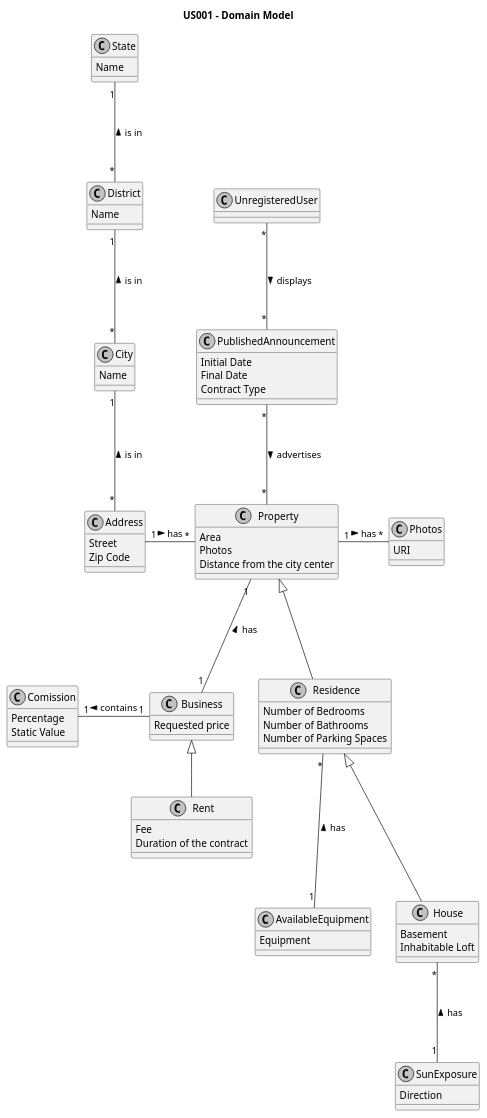
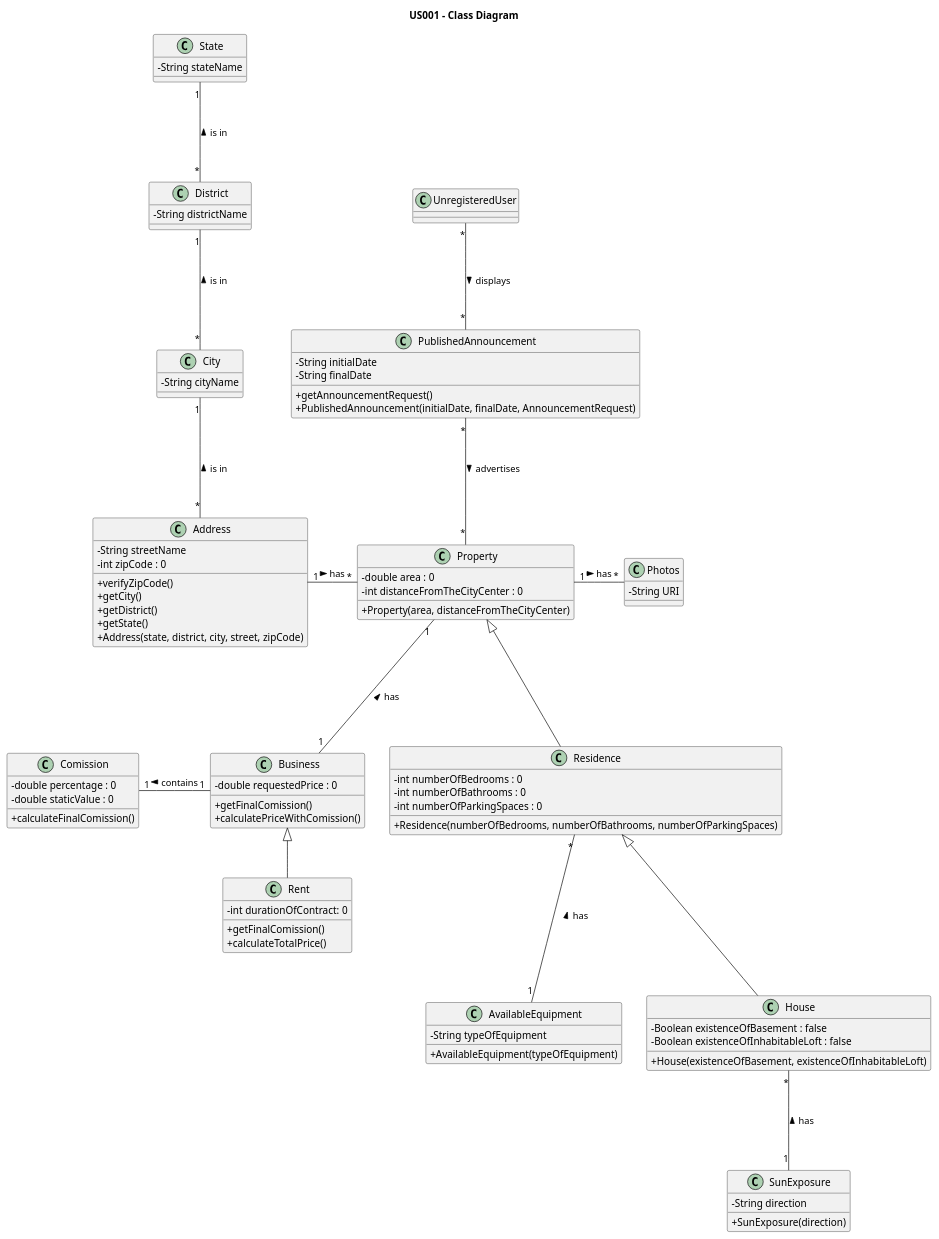
The diagram in docs/sprintB/US01/03.design/puml/us01-class-diagram.puml (PureNimble/ISEP-LAPR2), drawn with PlantUML before and after one commit. The commit also changed 1 other file, not shown here.

Commit message:
Update US01 Class Diagram & Domain Model

```diff
--- a/docs/sprintB/US01/03.design/puml/us01-class-diagram.puml
+++ b/docs/sprintB/US01/03.design/puml/us01-class-diagram.puml
@@ -1,113 +1,142 @@
 @startuml
 
-title US001 - Domain Model
+title US001 - Class Diagram
 
-skinparam groupInheritance 2
-skinparam monochrome true
+
+skinparam packageStyle rectangle
+skinparam shadowing false
 skinparam linetype polyline
+skinparam classAttributeIconSize 0
 
+'skinparam linetype orto
+'skinparam monochrome true
+'left to right direction
 
 
 class Address {
-Street
-Zip Code
+    - String streetName
+    - int zipCode : 0
+
+    +verifyZipCode()
+    +getCity()
+    +getDistrict()
+    +getState()
+    +Address(state, district, city, street, zipCode)
 }
 
 class AvailableEquipment {
-Equipment
+    - String typeOfEquipment
+
+    +AvailableEquipment(typeOfEquipment)
 }
 
 
 class Business {
-Requested price
+    - double requestedPrice : 0
+
+    +getFinalComission()
+    +calculatePriceWithComission()
 }
 
 
 class City {
-Name
+    - String cityName
 }
 
 class Comission {
-Percentage
-Static Value
+    - double percentage : 0
+    - double staticValue : 0
+
+    + calculateFinalComission()
 }
 
 
 class District {
-Name
+    - String districtName
 }
 
 
 class House {
-Basement
-Inhabitable Loft
+    - Boolean existenceOfBasement : false
+    - Boolean existenceOfInhabitableLoft : false
+
+    +House(existenceOfBasement, existenceOfInhabitableLoft)
 }
 
 
 class Photos {
-URI
+    - String URI
 }
 
 class Property {
-Area
-Photos
-Distance from the city center
+    - double area : 0
+    - int distanceFromTheCityCenter : 0
+
+    +Property(area, distanceFromTheCityCenter)
 }
 
 class PublishedAnnouncement {
-Initial Date
-Final Date
-Contract Type
+    - String initialDate
+    - String finalDate
+
+    +getAnnouncementRequest()
+    +PublishedAnnouncement(initialDate, finalDate, AnnouncementRequest)
 }
 
 
 class Rent {
-Fee
-Duration of the contract
+    - int durationOfContract: 0
+
+    +getFinalComission()
+    +calculateTotalPrice()
 }
 
 
 class Residence {
-Number of Bedrooms
-Number of Bathrooms
-Number of Parking Spaces
+    - int numberOfBedrooms : 0
+    - int numberOfBathrooms : 0
+    - int numberOfParkingSpaces : 0
+
+    +Residence(numberOfBedrooms, numberOfBathrooms, numberOfParkingSpaces)
 }
 
 
 class State {
-Name
+    - String stateName
 }
 
 class SunExposure {
-Direction
+    - String direction
+
+    +SunExposure(direction)
 }
 
 
 class UnregisteredUser {
 }
 
 
 
 Business <|-- Rent
 
 City "1" --- "*" Address : is in <
 Comission "1" -right- "1" Business : contains <
 
 District "1" --- "*" City : is in <
 
 House "*" --- "1" SunExposure : has <
 
 Property <|--- Residence
 Property "*" -left- "1" Address : has <
 Property "1" --- "1" Business : has <
 Property "1" -right- "*" Photos : has >
 PublishedAnnouncement "*" --- "*" Property: advertises >
 
 Residence "*" --- "1" AvailableEquipment : has <
 Residence <|--- House
 
 State "1" --- "*" District : is in <
 
 UnregisteredUser "*" --- "*" PublishedAnnouncement: displays >
 
 @enduml
```
